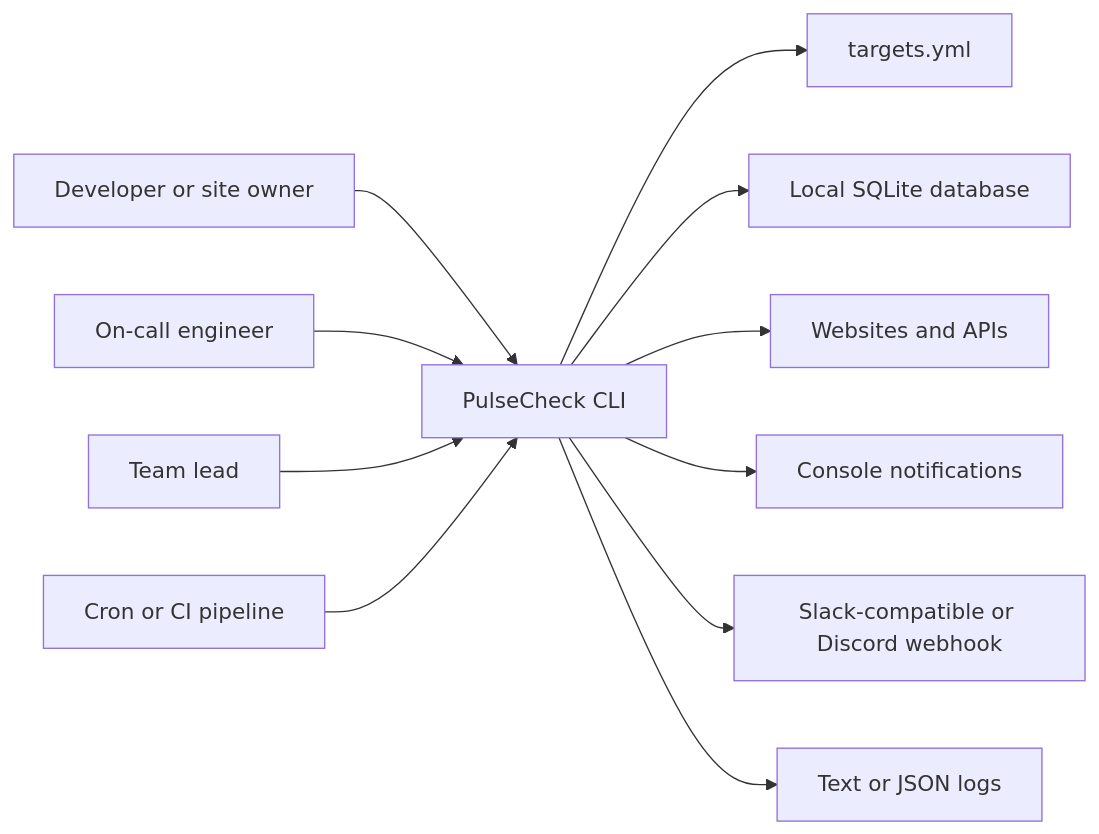
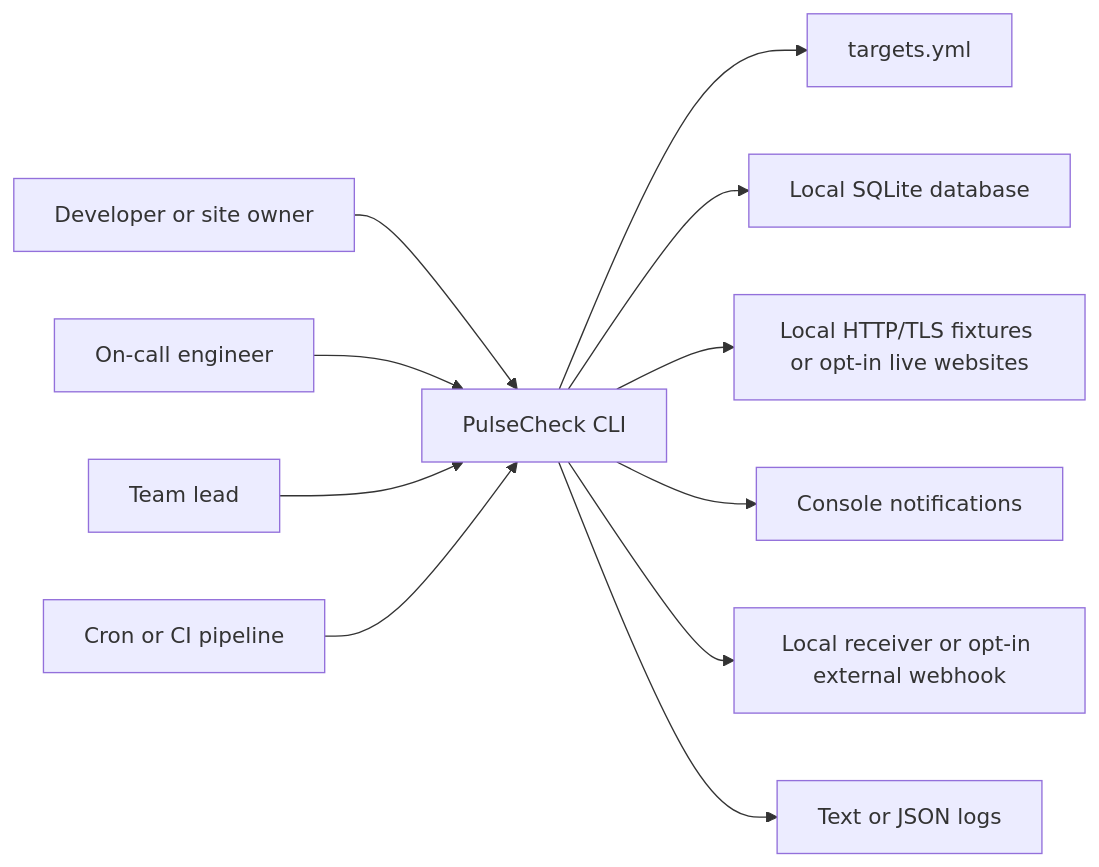
One commit to sukurcf/spec-pulsecheck-uptime-monitor changed the first of 7 diagrams in docs/05-system-architecture.md. Above: the diagram before and after it, drawn with Mermaid. The commit also changed other lines of this file and 14 other files, not shown here.

````diff
--- a/docs/05-system-architecture.md
+++ b/docs/05-system-architecture.md
@@ -11,13 +11,13 @@
 ```mermaid
 flowchart LR
     Owner["Developer or site owner"] --> CLI["PulseCheck CLI"]
     OnCall["On-call engineer"] --> CLI
     Lead["Team lead"] --> CLI
     Cron["Cron or CI pipeline"] --> CLI
     CLI --> Targets["targets.yml"]
     CLI --> SQLite["Local SQLite database"]
-    CLI --> Sites["Websites and APIs"]
+    CLI --> Sites["Local HTTP/TLS fixtures or opt-in live websites"]
     CLI --> Console["Console notifications"]
-    CLI --> Webhook["Slack-compatible or Discord webhook"]
+    CLI --> Webhook["Local receiver or opt-in external webhook"]
     CLI --> Logs["Text or JSON logs"]
 ```
````
